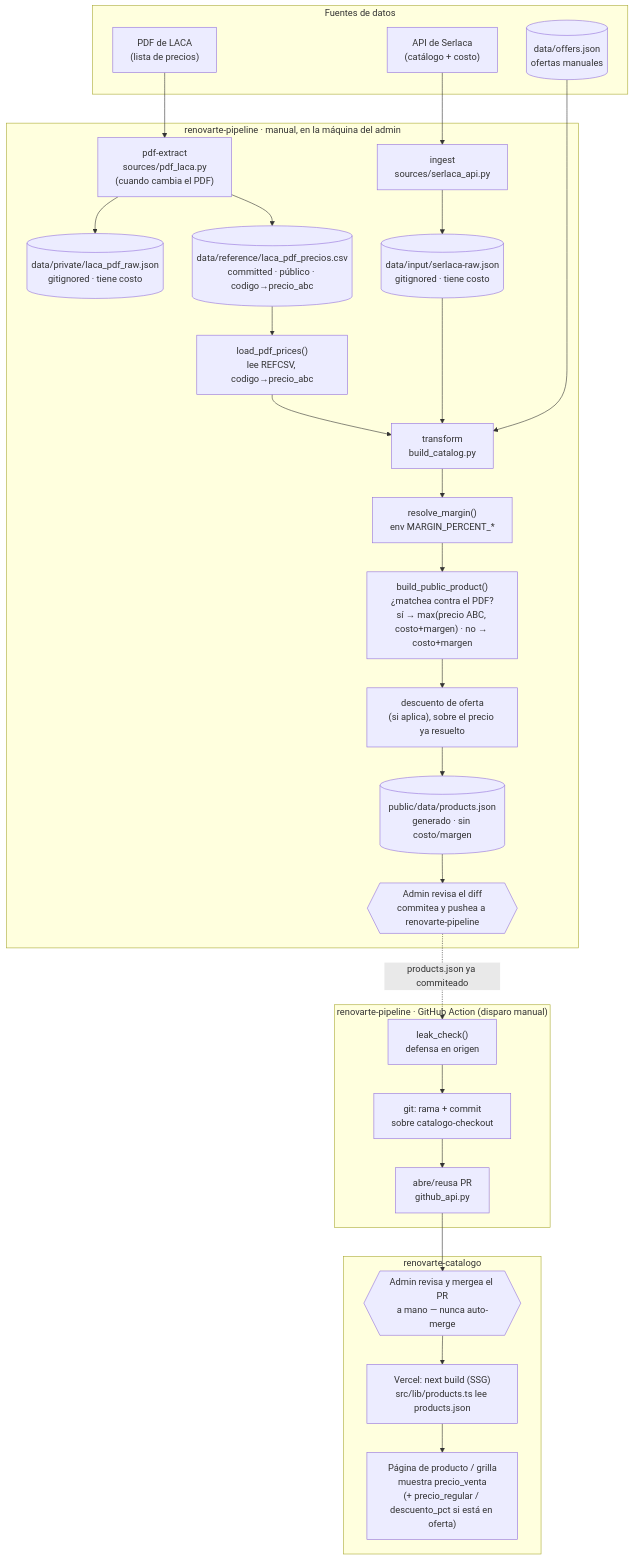
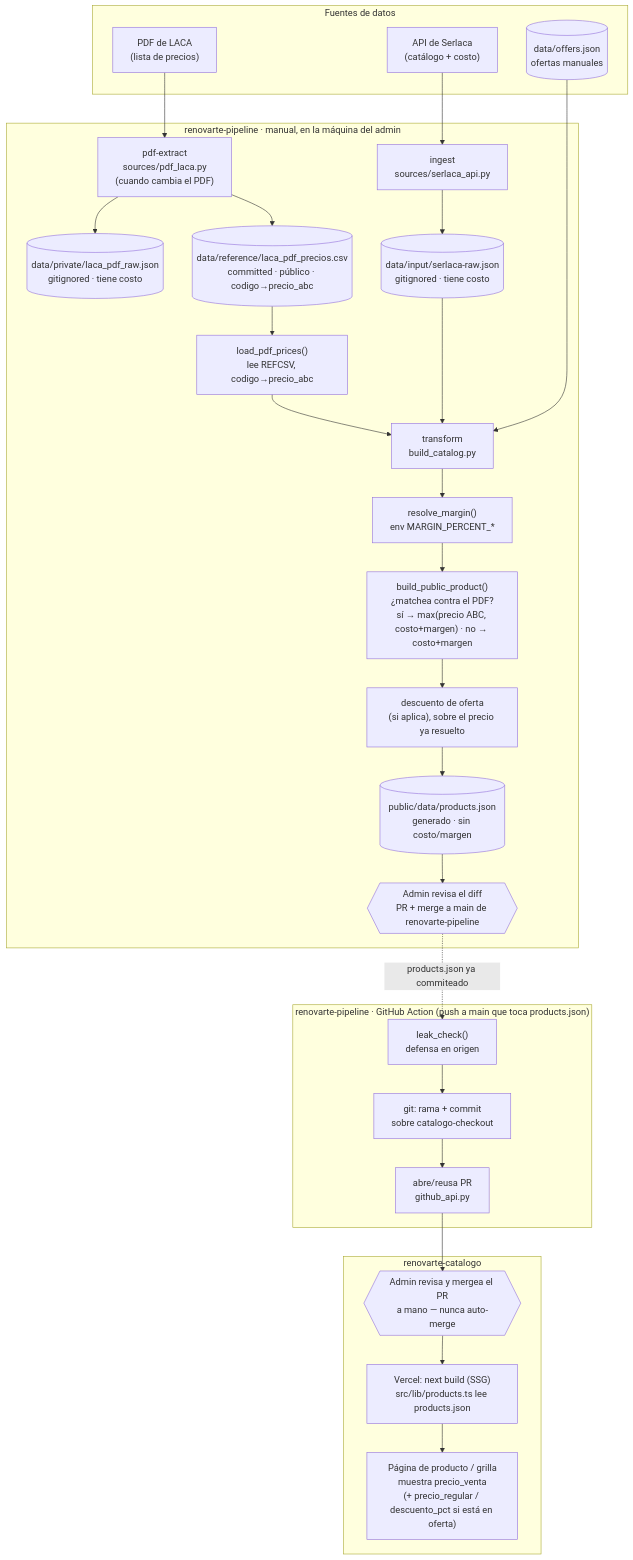
The diagram in docs/flujo-precio-pdf.md (gucastillo-personal/renovarte-parent), drawn with Mermaid before and after one commit. The commit also changed other lines of this file and 2 other files, not shown here.

First line of the commit message:
docs: ADR-0009, handoff pipeline → catálogo por PR automático (M3)

````diff
--- a/docs/flujo-precio-pdf.md
+++ b/docs/flujo-precio-pdf.md
@@ -22,48 +23,48 @@
 ```mermaid
 flowchart TD
     subgraph FUENTES["Fuentes de datos"]
         PDF["PDF de LACA<br/>(lista de precios)"]
         API["API de Serlaca<br/>(catálogo + costo)"]
         OFERTAS[("data/offers.json<br/>ofertas manuales")]
     end
 
     subgraph MANUAL["renovarte-pipeline · manual, en la máquina del admin"]
         EXTRACT["pdf-extract<br/>sources/pdf_laca.py<br/>(cuando cambia el PDF)"]
         RAWPDF[("data/private/laca_pdf_raw.json<br/>gitignored · tiene costo")]
         REFCSV[("data/reference/laca_pdf_precios.csv<br/>committed · público · codigo→precio_abc")]
 
         INGEST["ingest<br/>sources/serlaca_api.py"]
         RAWAPI[("data/input/serlaca-raw.json<br/>gitignored · tiene costo")]
         TRANSFORM["transform<br/>build_catalog.py"]
         LOADPDF["load_pdf_prices()<br/>lee REFCSV, codigo→precio_abc"]
         MARGEN["resolve_margin()<br/>env MARGIN_PERCENT_*"]
         RESOLVE["build_public_product()<br/>¿matchea contra el PDF?<br/>sí → max(precio ABC, costo+margen) · no → costo+margen"]
         DESCUENTO["descuento de oferta<br/>(si aplica), sobre el precio ya resuelto"]
         PRODJSON[("public/data/products.json<br/>generado · sin costo/margen")]
-        COMMIT{{"Admin revisa el diff<br/>commitea y pushea a renovarte-pipeline"}}
+        COMMIT{{"Admin revisa el diff<br/>PR + merge a main de renovarte-pipeline"}}
     end
 
-    subgraph CI["renovarte-pipeline · GitHub Action (disparo manual)"]
+    subgraph CI["renovarte-pipeline · GitHub Action (push a main que toca products.json)"]
         LEAK["leak_check()<br/>defensa en origen"]
         BRANCH["git: rama + commit<br/>sobre catalogo-checkout"]
         PR["abre/reusa PR<br/>github_api.py"]
     end
 
     subgraph CATALOGO["renovarte-catalogo"]
         MERGE{{"Admin revisa y mergea el PR<br/>a mano — nunca auto-merge"}}
         BUILD["Vercel: next build (SSG)<br/>src/lib/products.ts lee products.json"]
         PAGINA["Página de producto / grilla<br/>muestra precio_venta<br/>(+ precio_regular / descuento_pct si está en oferta)"]
     end
 
     PDF --> EXTRACT
     EXTRACT --> RAWPDF
     EXTRACT --> REFCSV
 
     API --> INGEST --> RAWAPI --> TRANSFORM
     REFCSV --> LOADPDF --> TRANSFORM
     OFERTAS --> TRANSFORM
     TRANSFORM --> MARGEN --> RESOLVE --> DESCUENTO --> PRODJSON --> COMMIT
 
     COMMIT -.->|"products.json ya commiteado"| LEAK
     LEAK --> BRANCH --> PR --> MERGE --> BUILD --> PAGINA
 ```
````
